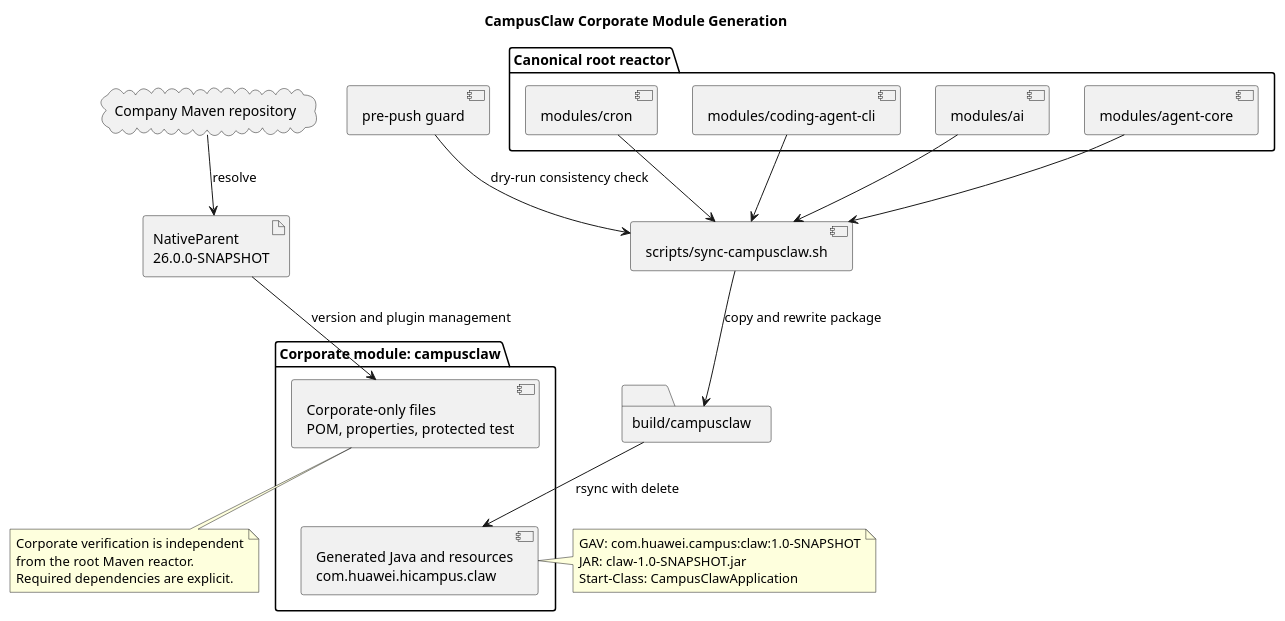
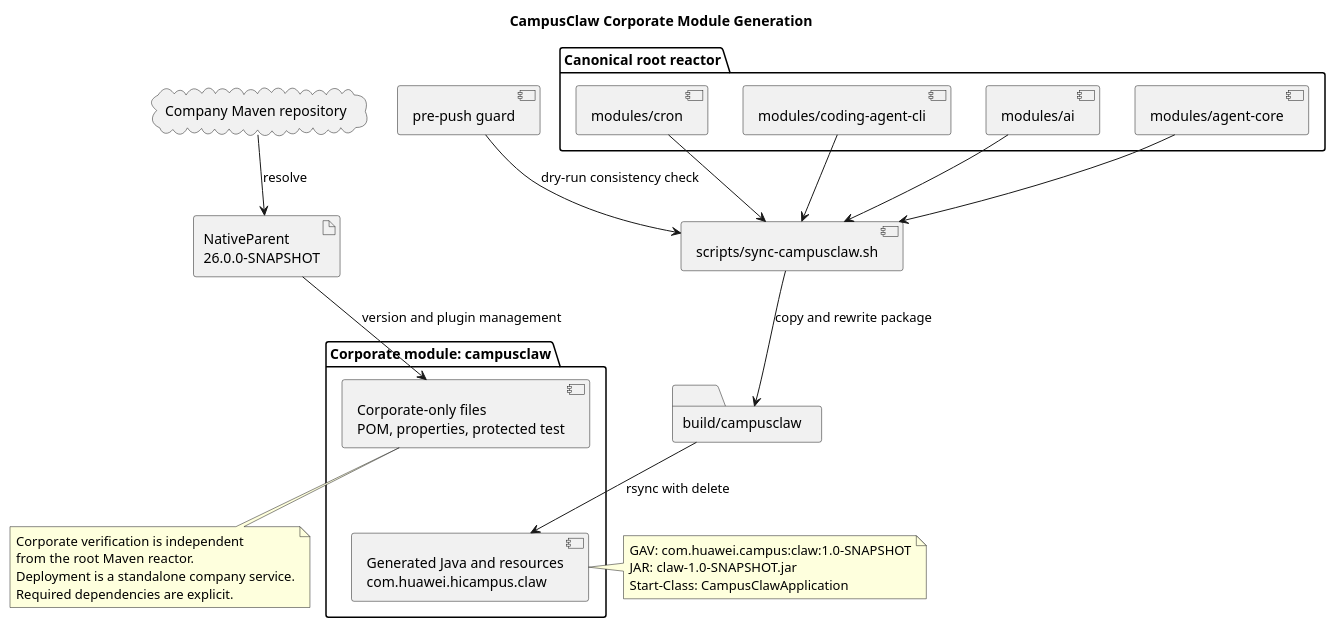
One commit to 2862282695gjh-afk/pi-mono-java changed the diagram in docs/designs/campusclaw-corporate-module/diagram.puml. Above: the diagram before and after it, drawn with PlantUML. The commit also changed 20 other files, not shown here.

```diff
--- a/docs/designs/campusclaw-corporate-module/diagram.puml
+++ b/docs/designs/campusclaw-corporate-module/diagram.puml
@@ -1,53 +1,55 @@
 @startuml campusclaw_corporate_module
 ' Source evidence: 98d3999ec6d57e099d7bf02aaa4fcf9607fc61aa.
 ' Current repository paths: modules/*, scripts/sync-campusclaw.sh,
 ' campusclaw/pom.xml, and scripts/git-hooks/pre-push.
 ' Source evidence: campusclaw/pom.xml lost root POM logging dependencies at 294e6d90.
+' User-provided target condition: CampusClaw is deployed as a standalone company service.
 ' Observed behavior: four canonical modules feed one generated corporate mirror.
 ' Architecture change: the mirror has an independent parent, GAV, package, and build gate.
 ' Design reason: keep one implementation source while isolating corporate integration metadata.
 
 title CampusClaw Corporate Module Generation
 
 package "Canonical root reactor" {
   component "modules/ai" as ai
   component "modules/agent-core" as core
   component "modules/cron" as cron
   component "modules/coding-agent-cli" as runtime
 }
 
 component "scripts/sync-campusclaw.sh" as sync
 folder "build/campusclaw" as stage
 
 package "Corporate module: campusclaw" {
   component "Generated Java and resources\ncom.huawei.hicampus.claw" as mirror
   component "Corporate-only files\nPOM, properties, protected test" as local
 }
 
 cloud "Company Maven repository" as repository
 artifact "NativeParent\n26.0.0-SNAPSHOT" as parent
 component "pre-push guard" as hook
 
 ai --> sync
 core --> sync
 cron --> sync
 runtime --> sync
 sync --> stage : copy and rewrite package
 stage --> mirror : rsync with delete
 local -[hidden]-> mirror
 repository --> parent : resolve
 parent --> local : version and plugin management
 hook --> sync : dry-run consistency check
 
 note right of mirror
   GAV: com.huawei.campus:claw:1.0-SNAPSHOT
   JAR: claw-1.0-SNAPSHOT.jar
   Start-Class: CampusClawApplication
 end note
 
 note bottom of local
   Corporate verification is independent
   from the root Maven reactor.
+  Deployment is a standalone company service.
   Required dependencies are explicit.
 end note
 @enduml
```
